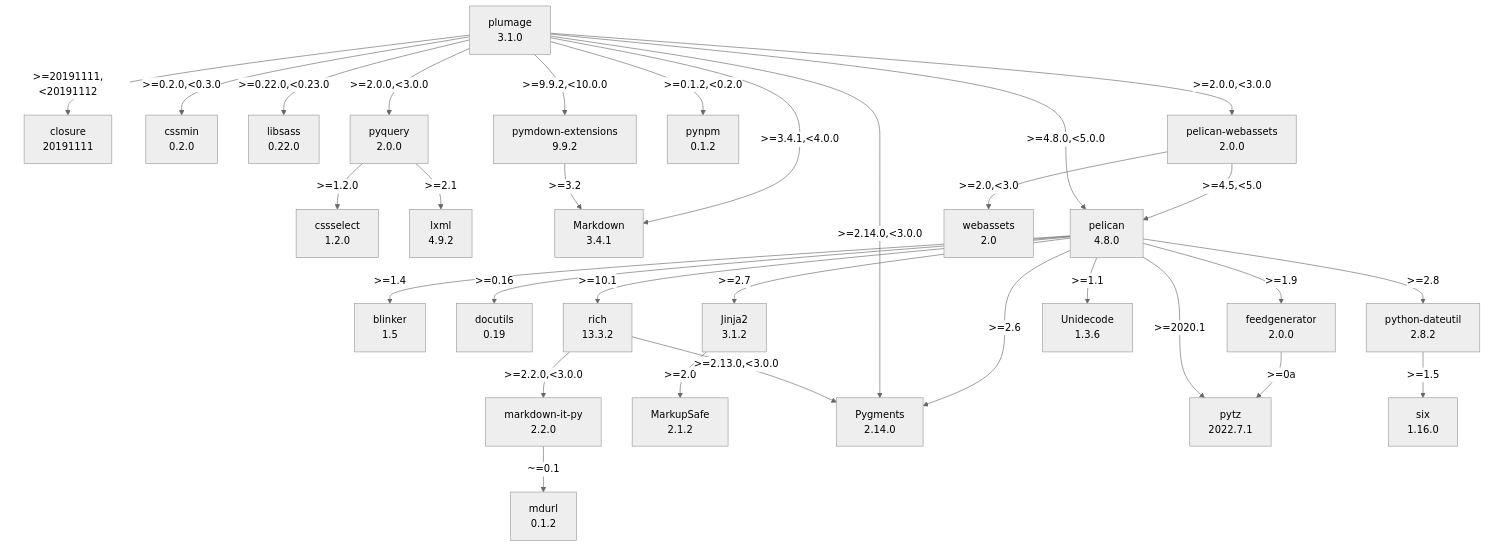
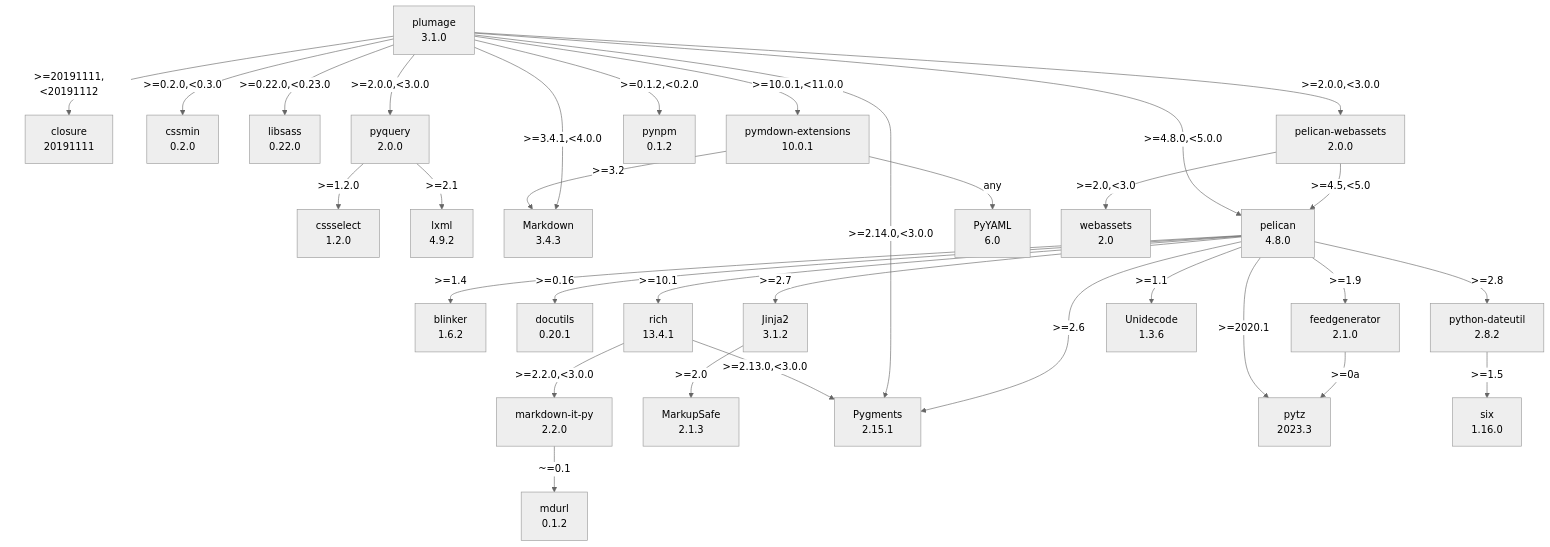
Before and after one commit to kdeldycke/plumage: the diagram in docs/assets/dependencies.mmd, drawn with Mermaid (neutral theme).

Commit message:
[autofix] Regenerate dependency graph

```diff
--- a/docs/assets/dependencies.mmd
+++ b/docs/assets/dependencies.mmd
@@ -1,58 +1,60 @@
 flowchart TD
     classDef missing stroke-dasharray: 5
-    blinker["blinker\n1.5"]
+    blinker["blinker\n1.6.2"]
     closure["closure\n20191111"]
     cssmin["cssmin\n0.2.0"]
     cssselect["cssselect\n1.2.0"]
-    docutils["docutils\n0.19"]
-    feedgenerator["feedgenerator\n2.0.0"]
+    docutils["docutils\n0.20.1"]
+    feedgenerator["feedgenerator\n2.1.0"]
     jinja2["Jinja2\n3.1.2"]
     libsass["libsass\n0.22.0"]
     lxml["lxml\n4.9.2"]
     markdown-it-py["markdown-it-py\n2.2.0"]
-    markdown["Markdown\n3.4.1"]
-    markupsafe["MarkupSafe\n2.1.2"]
+    markdown["Markdown\n3.4.3"]
+    markupsafe["MarkupSafe\n2.1.3"]
     mdurl["mdurl\n0.1.2"]
     pelican-webassets["pelican-webassets\n2.0.0"]
     pelican["pelican\n4.8.0"]
     plumage["plumage\n3.1.0"]
-    pygments["Pygments\n2.14.0"]
-    pymdown-extensions["pymdown-extensions\n9.9.2"]
+    pygments["Pygments\n2.15.1"]
+    pymdown-extensions["pymdown-extensions\n10.0.1"]
     pynpm["pynpm\n0.1.2"]
     pyquery["pyquery\n2.0.0"]
     python-dateutil["python-dateutil\n2.8.2"]
-    pytz["pytz\n2022.7.1"]
-    rich["rich\n13.3.2"]
+    pytz["pytz\n2023.3"]
+    pyyaml["PyYAML\n6.0"]
+    rich["rich\n13.4.1"]
     six["six\n1.16.0"]
     unidecode["Unidecode\n1.3.6"]
     webassets["webassets\n2.0"]
     feedgenerator -- ">=0a" --> pytz
     jinja2 -- ">=2.0" --> markupsafe
     markdown-it-py -- "~=0.1" --> mdurl
     pelican -- ">=0.16" --> docutils
     pelican -- ">=1.1" --> unidecode
     pelican -- ">=1.4" --> blinker
     pelican -- ">=1.9" --> feedgenerator
     pelican -- ">=10.1" --> rich
     pelican -- ">=2.6" --> pygments
     pelican -- ">=2.7" --> jinja2
     pelican -- ">=2.8" --> python-dateutil
     pelican -- ">=2020.1" --> pytz
     pelican-webassets -- ">=2.0,<3.0" --> webassets
     pelican-webassets -- ">=4.5,<5.0" --> pelican
     plumage -- ">=0.1.2,<0.2.0" --> pynpm
     plumage -- ">=0.2.0,<0.3.0" --> cssmin
     plumage -- ">=0.22.0,<0.23.0" --> libsass
+    plumage -- ">=10.0.1,<11.0.0" --> pymdown-extensions
     plumage -- ">=2.0.0,<3.0.0" --> pelican-webassets
     plumage -- ">=2.0.0,<3.0.0" --> pyquery
     plumage -- ">=2.14.0,<3.0.0" --> pygments
     plumage -- ">=20191111,<20191112" --> closure
     plumage -- ">=3.4.1,<4.0.0" --> markdown
     plumage -- ">=4.8.0,<5.0.0" --> pelican
-    plumage -- ">=9.9.2,<10.0.0" --> pymdown-extensions
     pymdown-extensions -- ">=3.2" --> markdown
+    pymdown-extensions -- "any" --> pyyaml
     pyquery -- ">=1.2.0" --> cssselect
     pyquery -- ">=2.1" --> lxml
     python-dateutil -- ">=1.5" --> six
     rich -- ">=2.13.0,<3.0.0" --> pygments
     rich -- ">=2.2.0,<3.0.0" --> markdown-it-py
```
